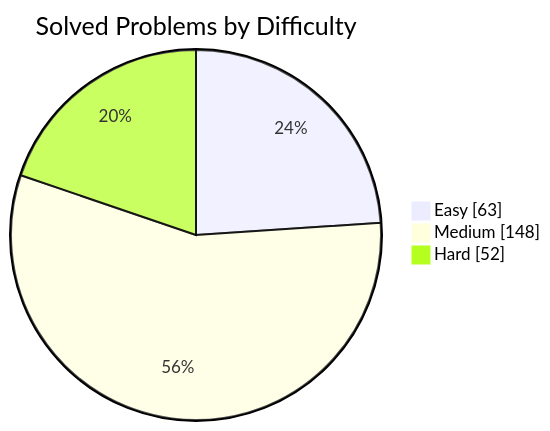
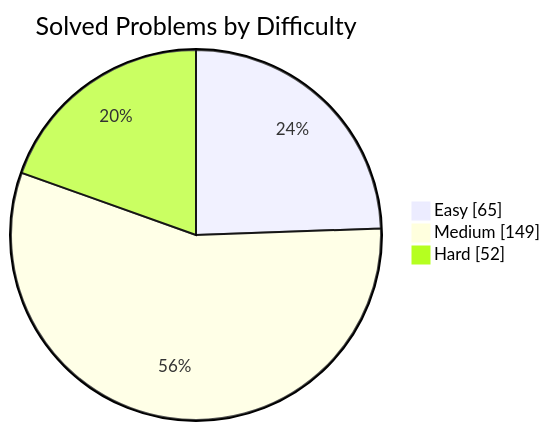
The first of 2 diagrams in README.md (manikantbindass/DSA-Preparation-FAANG), drawn with Mermaid before and after one commit. The commit also changed other lines of this file and 1 other file, not shown here.

````diff
--- a/README.md
+++ b/README.md
@@ -42,7 +42,7 @@
 ```mermaid
 pie showData
     title Solved Problems by Difficulty
-    "Easy" : 63
-    "Medium" : 148
+    "Easy" : 65
+    "Medium" : 149
     "Hard" : 52
 ```
````
